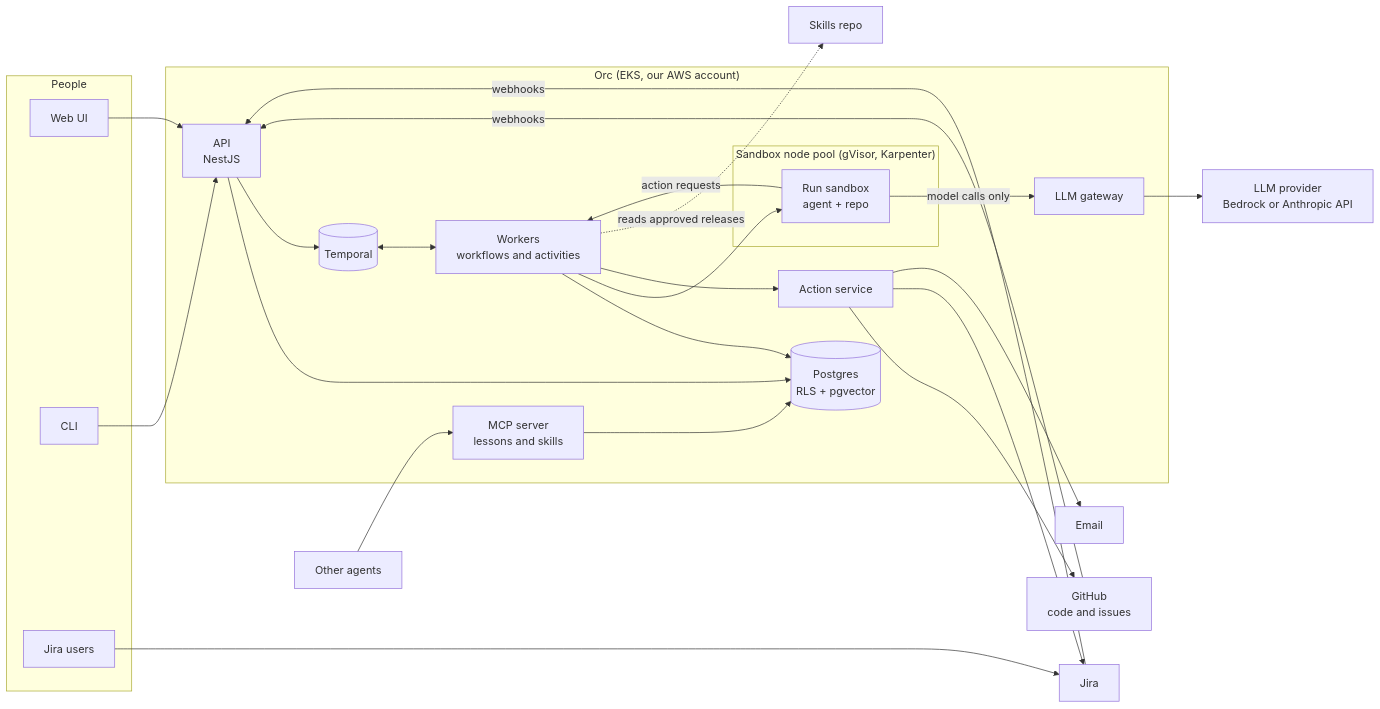
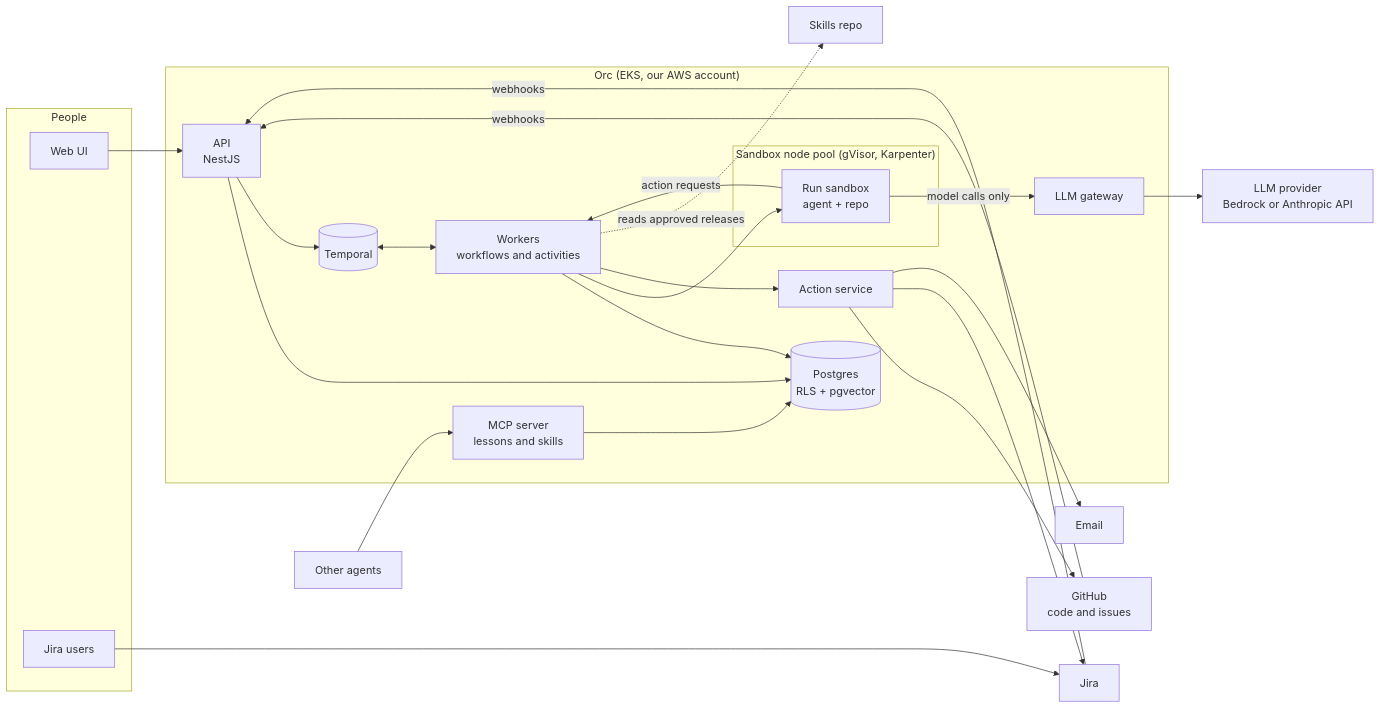
The first of 4 diagrams in docs/architecture.md (joshevensen/orc), drawn with Mermaid before and after one commit. The commit also changed other lines of this file and 14 other files, not shown here.

````diff
--- a/docs/architecture.md
+++ b/docs/architecture.md
@@ -15,49 +15,47 @@
 ```mermaid
 flowchart LR
   subgraph People
     WEB[Web UI]
-    CLI[CLI]
     JIRAU[Jira users]
   end
 
   subgraph Orc["Orc (EKS, our AWS account)"]
     API[API<br/>NestJS]
     MCP[MCP server<br/>lessons and skills]
     TEMP[(Temporal)]
     WRK[Workers<br/>workflows and activities]
     ACT[Action service]
     GW[LLM gateway]
     DB[(Postgres<br/>RLS + pgvector)]
     subgraph SB["Sandbox node pool (gVisor, Karpenter)"]
       S1[Run sandbox<br/>agent + repo]
     end
   end
 
   JIRA[Jira]
   GH[GitHub<br/>code and issues]
   LLM[LLM provider<br/>Bedrock or Anthropic API]
   MAIL[Email]
   SK[Skills repo]
   EXT[Other agents]
 
   WEB --> API
-  CLI --> API
   JIRAU --> JIRA
   JIRA -- webhooks --> API
   GH -- webhooks --> API
   API --> DB
   API --> TEMP
   TEMP <--> WRK
   WRK --> DB
   WRK --> S1
   S1 -- model calls only --> GW
   GW --> LLM
   S1 -- action requests --> WRK
   WRK --> ACT
   ACT --> GH
   ACT --> JIRA
   ACT --> MAIL
   WRK -. reads approved releases .-> SK
   EXT --> MCP
   MCP --> DB
 ```
````
